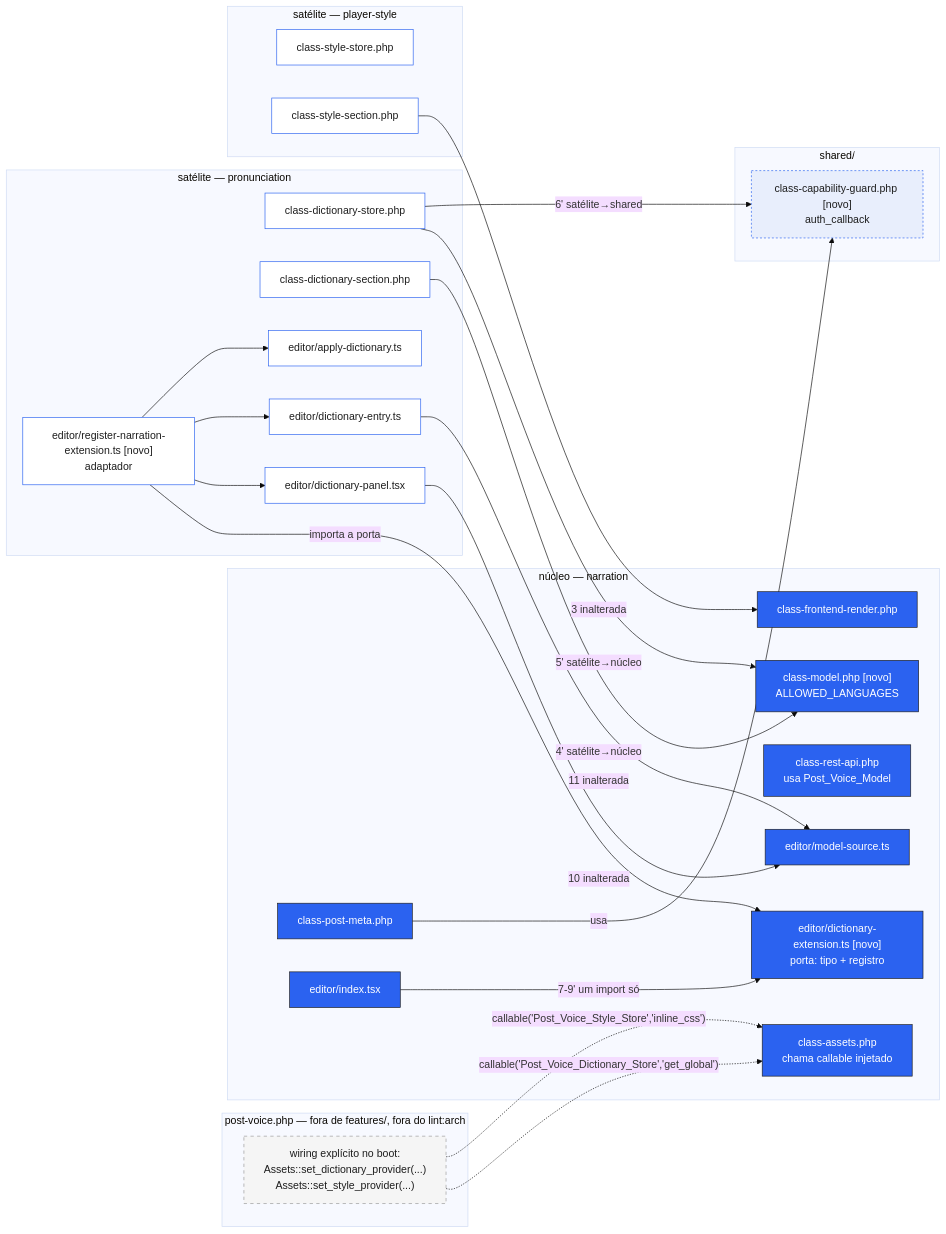
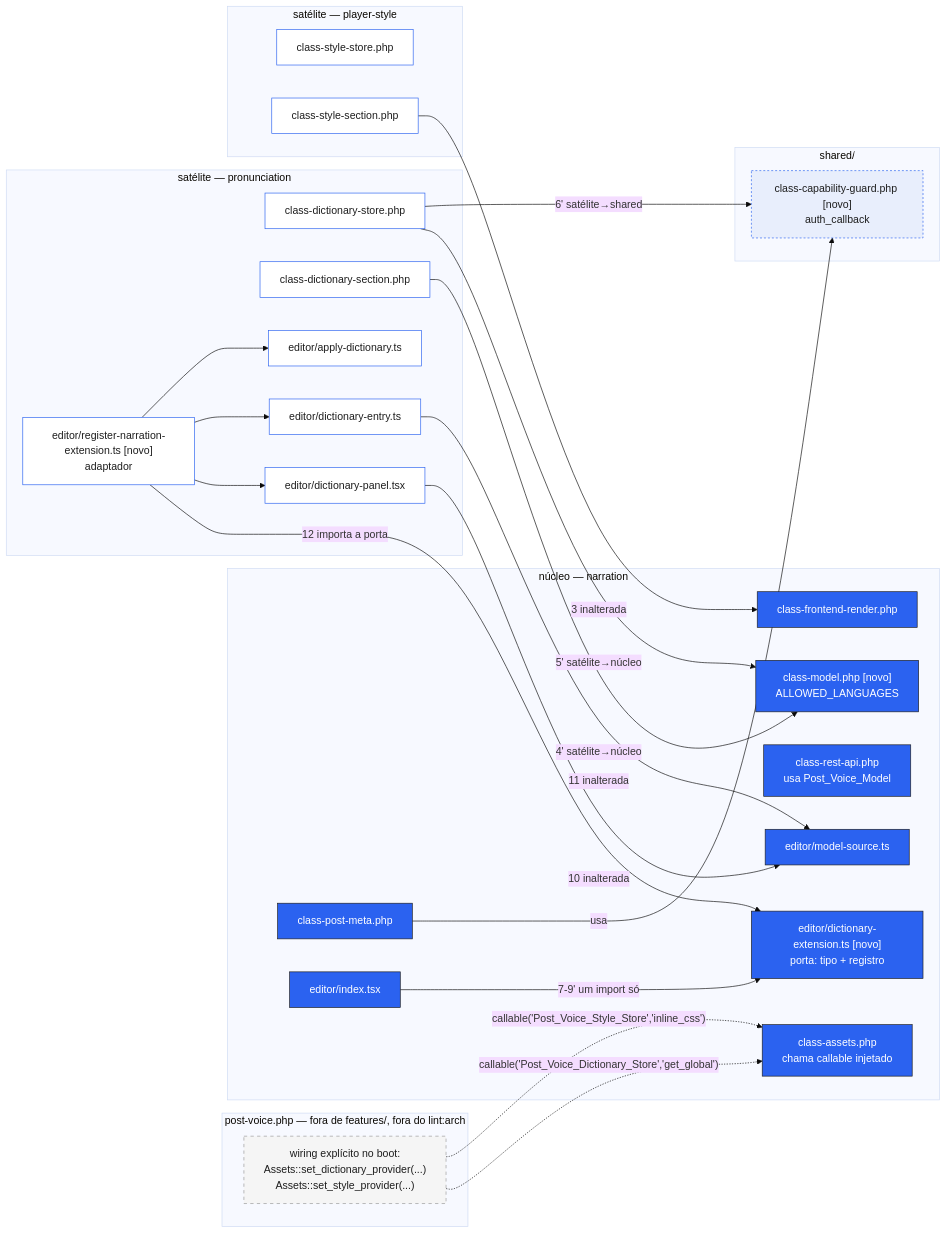
One commit to luigi-moretti/post-voice changed the second of 3 diagrams in docs/superpowers/specs/2026-09-11-topologia-nucleo-extensoes-design.md. Above: the diagram before and after it, drawn with Mermaid (base theme). The commit also changed other lines of this file and 1 other file, not shown here.

````diff
--- a/docs/superpowers/specs/2026-09-11-topologia-nucleo-extensoes-design.md
+++ b/docs/superpowers/specs/2026-09-11-topologia-nucleo-extensoes-design.md
@@ -130,56 +141,56 @@
 ```mermaid
 graph LR
     subgraph boot["post-voice.php — fora de features/, fora do lint:arch"]
         Wire["wiring explícito no boot:<br/>Assets::set_dictionary_provider(...)<br/>Assets::set_style_provider(...)"]
     end
     subgraph nucleo2["núcleo — narration"]
         Assets2["class-assets.php<br/>chama callable injetado"]
         Model["class-model.php [novo]<br/>ALLOWED_LANGUAGES"]
         RestApi2["class-rest-api.php<br/>usa Post_Voice_Model"]
         PostMeta2["class-post-meta.php"]
         IndexTsx2["editor/index.tsx"]
         Port["editor/dictionary-extension.ts [novo]<br/>porta: tipo + registro"]
         ModelSource2["editor/model-source.ts"]
         FrontendRender2["class-frontend-render.php"]
     end
     subgraph pron2["satélite — pronunciation"]
         DictStore2["class-dictionary-store.php"]
         DictSection2["class-dictionary-section.php"]
         Adapter["editor/register-narration-extension.ts [novo]<br/>adaptador"]
         DictPanel2["editor/dictionary-panel.tsx"]
         DictEntry2["editor/dictionary-entry.ts"]
         ApplyDict2["editor/apply-dictionary.ts"]
     end
     subgraph style2["satélite — player-style"]
         StyleStore2["class-style-store.php"]
         StyleSection2["class-style-section.php"]
     end
     subgraph sh["shared/"]
         Guard["class-capability-guard.php [novo]<br/>auth_callback"]
     end
 
     Wire -.->|"callable('Post_Voice_Dictionary_Store','get_global')"| Assets2
     Wire -.->|"callable('Post_Voice_Style_Store','inline_css')"| Assets2
 
     StyleSection2 -- "3 inalterada" --> FrontendRender2
     DictSection2 -- "4' satélite→núcleo" --> Model
     DictStore2 -- "5' satélite→núcleo" --> Model
     DictStore2 -- "6' satélite→shared" --> Guard
     PostMeta2 -- "usa" --> Guard
     IndexTsx2 -- "7-9' um import só" --> Port
-    Adapter -- "importa a porta" --> Port
+    Adapter -- "12 importa a porta" --> Port
     Adapter --> DictPanel2
     Adapter --> DictEntry2
     Adapter --> ApplyDict2
     DictPanel2 -- "10 inalterada" --> ModelSource2
     DictEntry2 -- "11 inalterada" --> ModelSource2
 
     classDef nucleoStyle fill:#2b62f0,color:#fff,stroke:#1e1e1e
     classDef satStyle fill:#fff,color:#1e1e1e,stroke:#2b62f0
     classDef sharedStyle fill:#e8eefc,color:#1e1e1e,stroke:#2b62f0,stroke-dasharray: 3 3
     classDef bootStyle fill:#f5f5f5,color:#1e1e1e,stroke:#999,stroke-dasharray: 5 5
     class Assets2,Model,RestApi2,PostMeta2,IndexTsx2,Port,ModelSource2,FrontendRender2 nucleoStyle
     class DictStore2,DictSection2,Adapter,DictPanel2,DictEntry2,ApplyDict2,StyleStore2,StyleSection2 satStyle
     class Guard sharedStyle
     class Wire bootStyle
 ```
````
